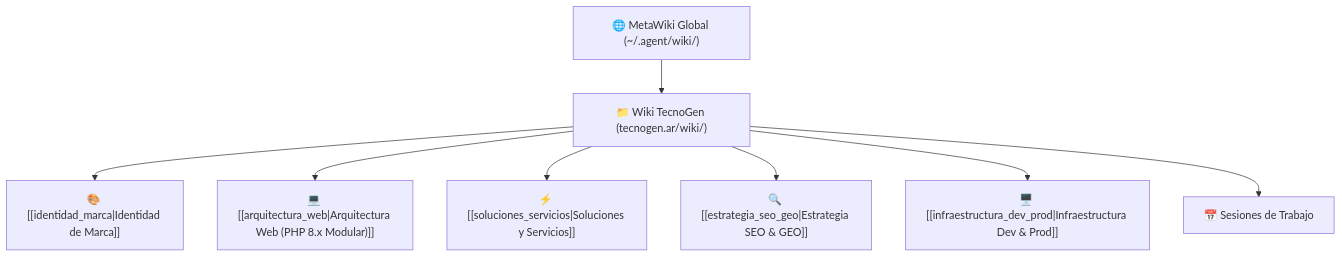
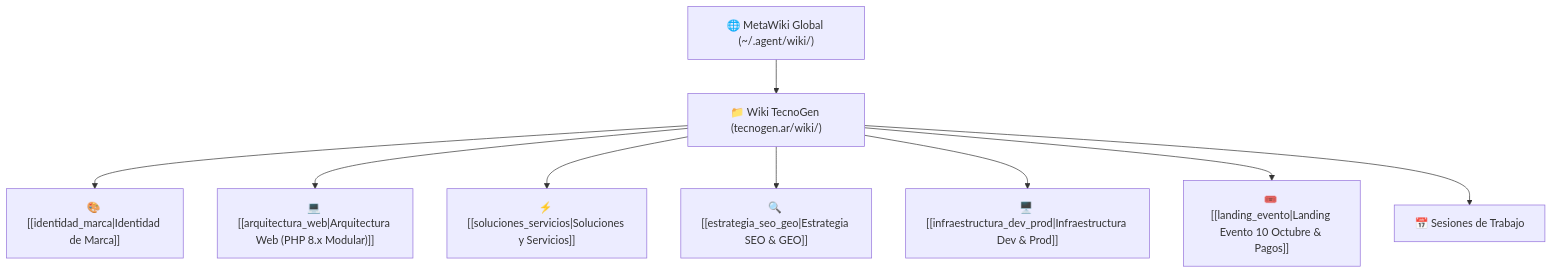
Before and after one commit to elbuje/tecnogen.ar: the diagram in wiki/index.md, drawn with Mermaid. The commit also changed other lines of this file and 2 other files, not shown here.

Commit message:
docs(wiki): actualizacion de indice, status y nodo de landing_evento para cierre de sesion

````diff
--- a/wiki/index.md
+++ b/wiki/index.md
@@ -25,10 +25,11 @@
 ```mermaid
 graph TD
     MetaWiki["🌐 MetaWiki Global (~/.agent/wiki/)"] --> ProjectWiki["📁 Wiki TecnoGen (tecnogen.ar/wiki/)"]
     ProjectWiki --> N1["🎨 [[identidad_marca|Identidad de Marca]]"]
     ProjectWiki --> N2["💻 [[arquitectura_web|Arquitectura Web (PHP 8.x Modular)]]"]
     ProjectWiki --> N3["⚡ [[soluciones_servicios|Soluciones y Servicios]]"]
     ProjectWiki --> N4["🔍 [[estrategia_seo_geo|Estrategia SEO & GEO]]"]
     ProjectWiki --> N5["🖥️ [[infraestructura_dev_prod|Infraestructura Dev & Prod]]"]
+    ProjectWiki --> N6["🎟️ [[landing_evento|Landing Evento 10 Octubre & Pagos]]"]
     ProjectWiki --> Sessions["📅 Sesiones de Trabajo"]
 ```
````
